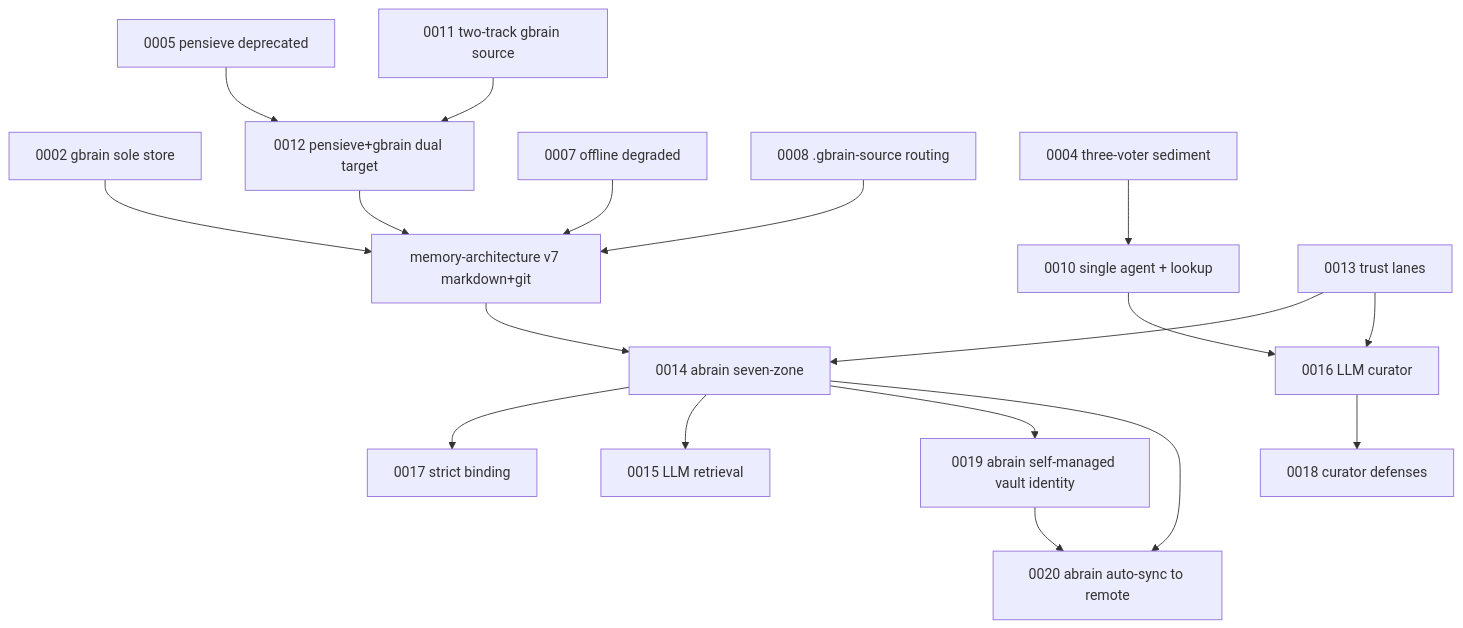
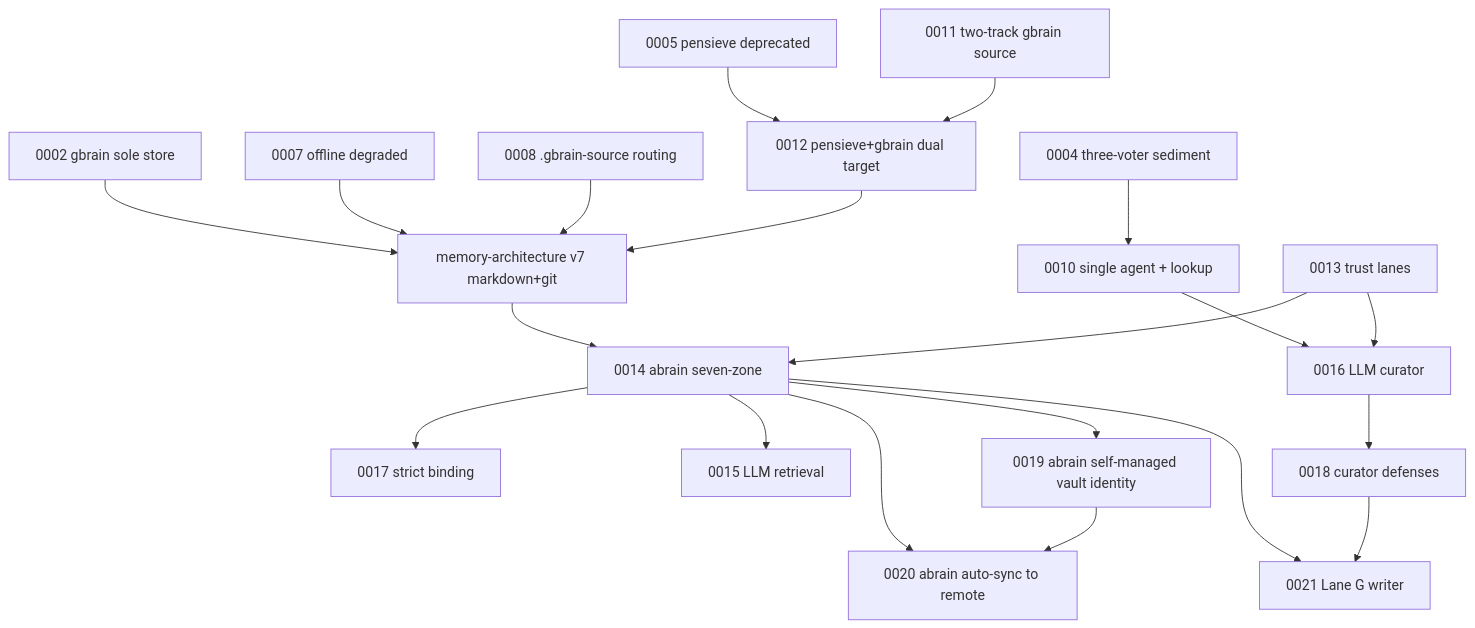
The diagram in docs/adr/INDEX.md (alfadb/pi-stack), drawn with Mermaid before and after one commit. The commit also changed other lines of this file and 16 other files, not shown here.

````diff
--- a/docs/adr/INDEX.md
+++ b/docs/adr/INDEX.md
@@ -46,20 +47,22 @@
 ```mermaid
 graph TD
   A0002[0002 gbrain sole store] --> MARCH[memory-architecture v7 markdown+git]
   A0005[0005 pensieve deprecated] --> A0012[0012 pensieve+gbrain dual target]
   A0007[0007 offline degraded] --> MARCH
   A0008[0008 .gbrain-source routing] --> MARCH
   A0011[0011 two-track gbrain source] --> A0012
   A0012 --> MARCH
   A0004[0004 three-voter sediment] --> A0010[0010 single agent + lookup]
   A0010 --> A0016[0016 LLM curator]
   MARCH --> A0014[0014 abrain seven-zone]
   A0013[0013 trust lanes] --> A0014
   A0013 --> A0016
   A0014 --> A0017[0017 strict binding]
   A0014 --> A0015[0015 LLM retrieval]
   A0014 --> A0019[0019 abrain self-managed vault identity]
   A0014 --> A0020[0020 abrain auto-sync to remote]
   A0019 --> A0020
+  A0014 --> A0021[0021 Lane G writer]
+  A0018 --> A0021
   A0016 --> A0018[0018 curator defenses]
 ```
````
